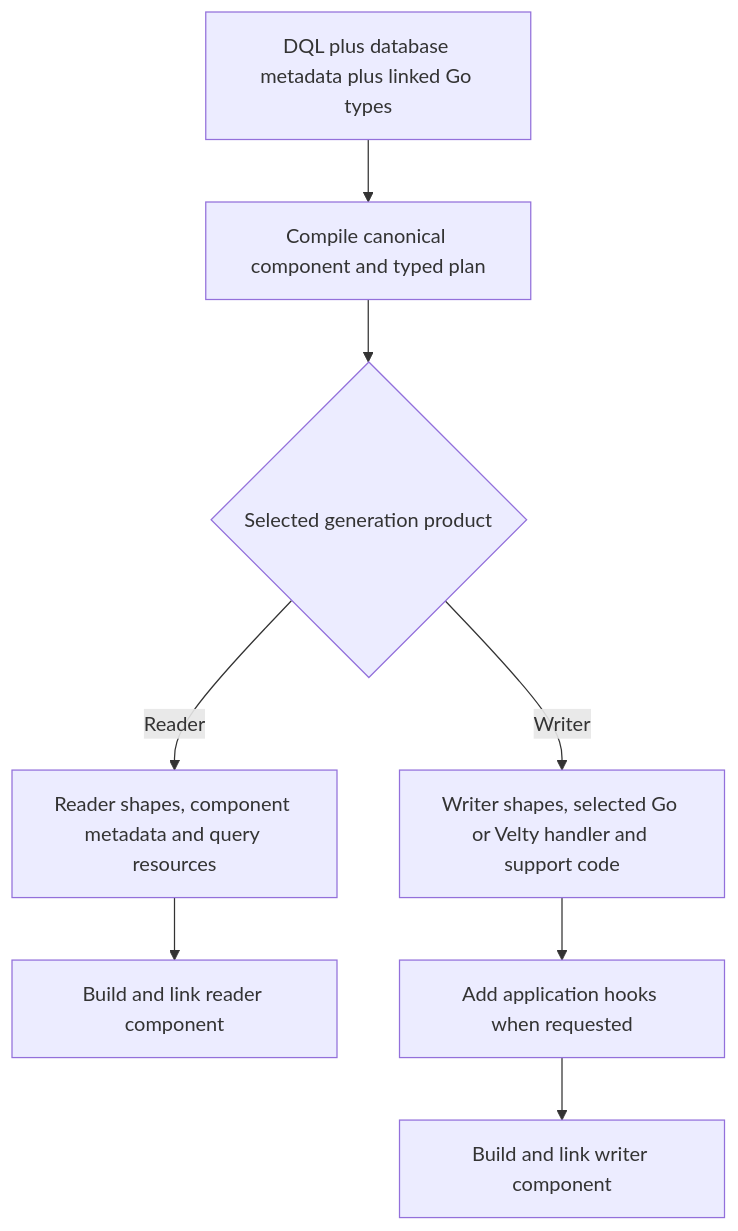
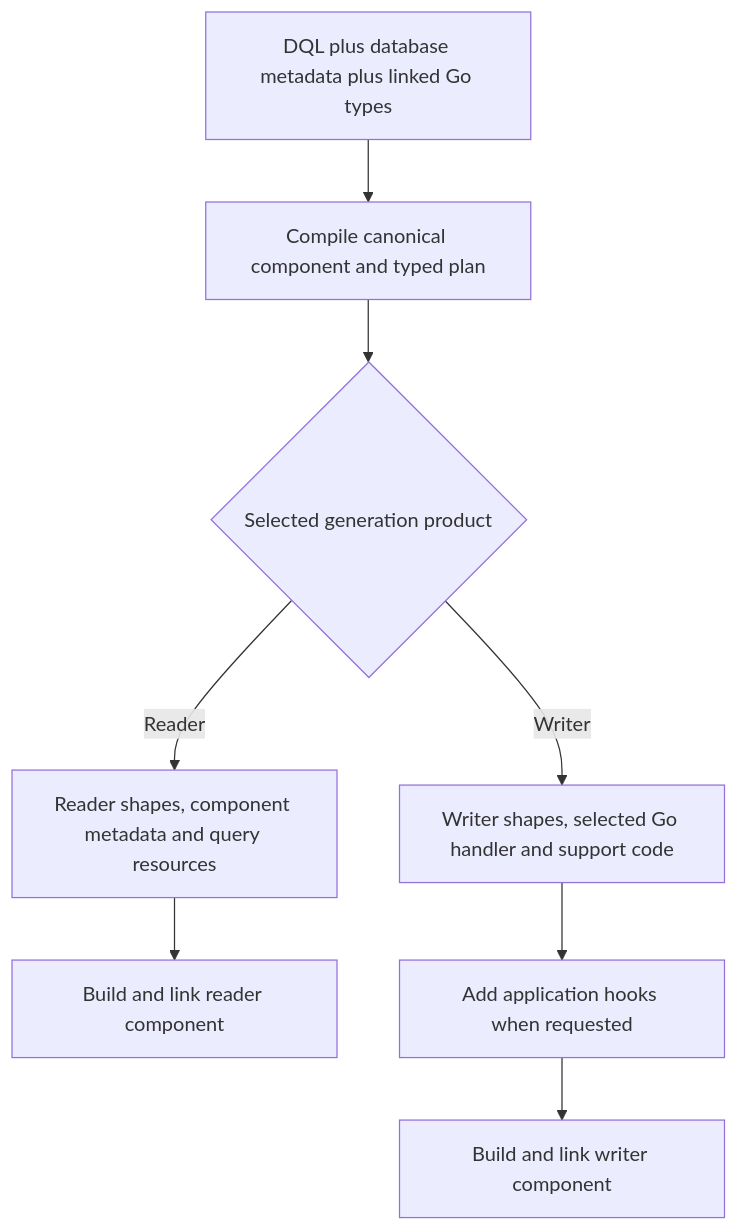
One commit to viant/datly changed the third of 3 diagrams in doc/programming-model.md. Above: the diagram before and after it, drawn with Mermaid. The commit also changed other lines of this file and 3 other files, not shown here.

````diff
--- a/doc/programming-model.md
+++ b/doc/programming-model.md
@@ -84,10 +84,10 @@
 ```mermaid
 flowchart TD
     A[DQL plus database metadata plus linked Go types] --> B[Compile canonical component and typed plan]
     B --> C{Selected generation product}
     C -->|Reader| R[Reader shapes, component metadata and query resources]
-    C -->|Writer| W[Writer shapes, selected Go or Velty handler and support code]
+    C -->|Writer| W[Writer shapes, selected Go handler and support code]
     R --> RB[Build and link reader component]
     W --> WH[Add application hooks when requested]
     WH --> WB[Build and link writer component]
 ```
````
